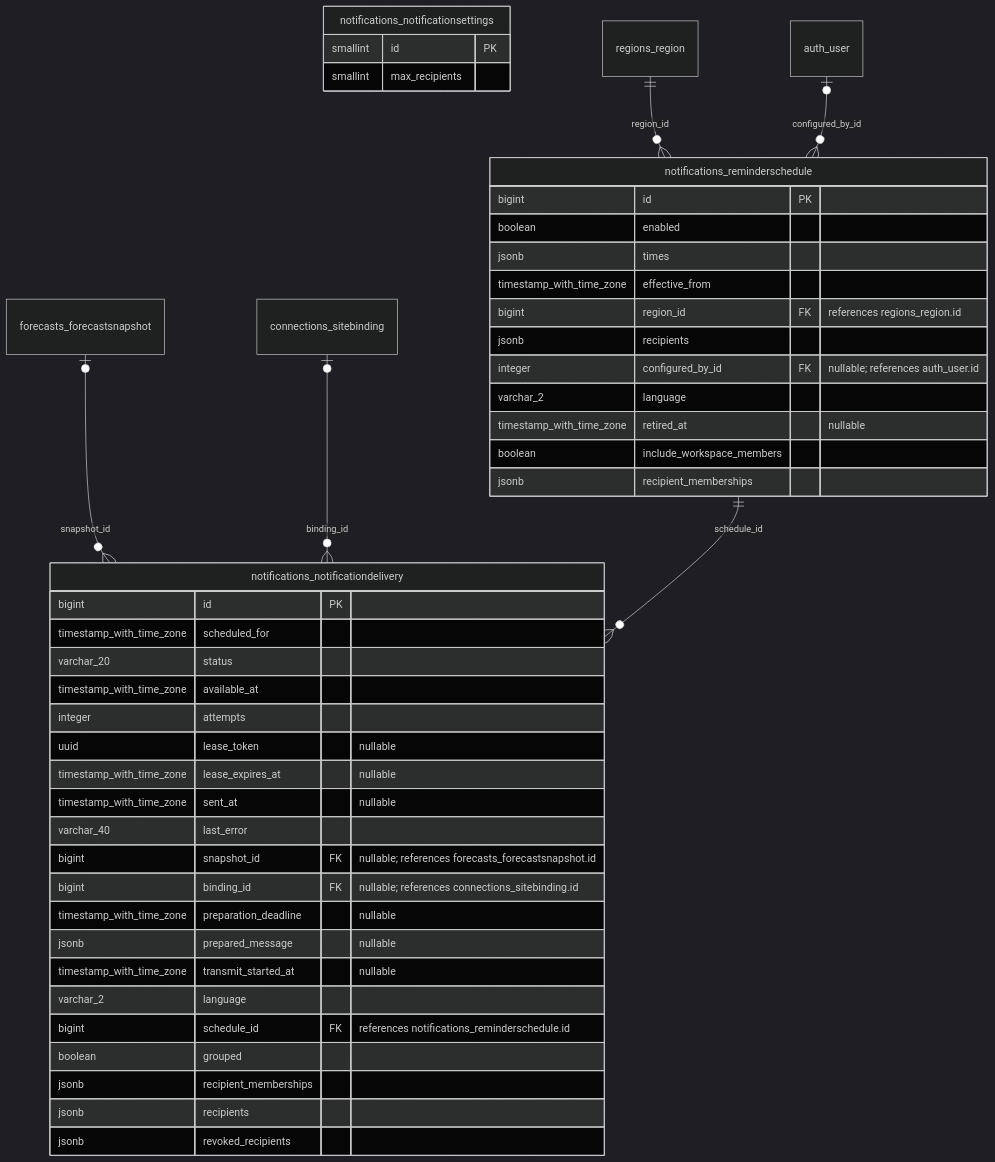
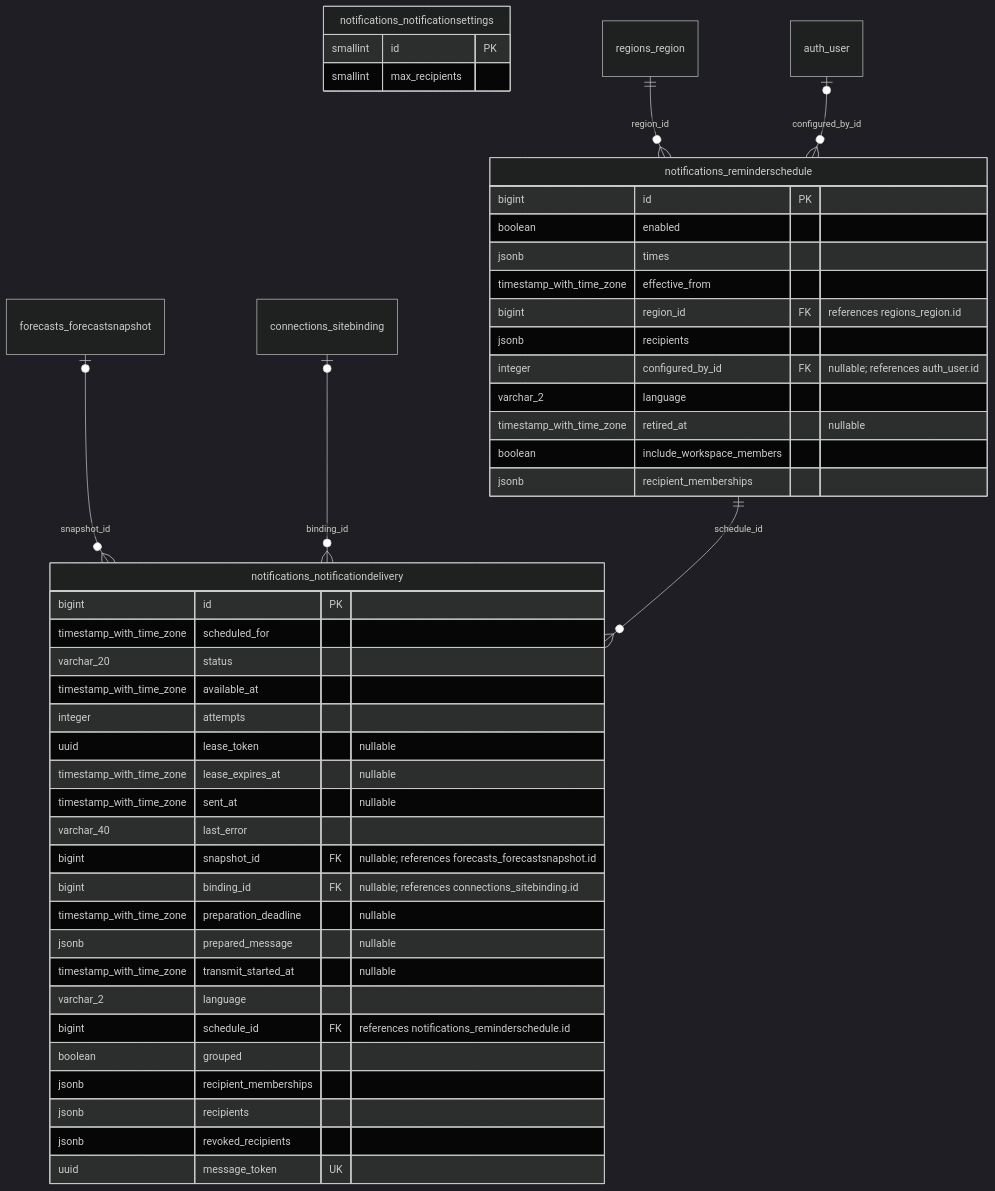
Before and after one commit to erkurtharun/pyracast: the eighth of 18 diagrams in docs/DATA_MODEL.md, drawn with Mermaid (dark theme). The commit also changed 100 other files, not shown here.

````diff
--- a/docs/DATA_MODEL.md
+++ b/docs/DATA_MODEL.md
@@ -887,47 +887,48 @@
 ```mermaid
 erDiagram
     notifications_notificationdelivery {
         bigint id PK
         timestamp_with_time_zone scheduled_for
         varchar_20 status
         timestamp_with_time_zone available_at
         integer attempts
         uuid lease_token "nullable"
         timestamp_with_time_zone lease_expires_at "nullable"
         timestamp_with_time_zone sent_at "nullable"
         varchar_40 last_error
         bigint snapshot_id FK "nullable; references forecasts_forecastsnapshot.id"
         bigint binding_id FK "nullable; references connections_sitebinding.id"
         timestamp_with_time_zone preparation_deadline "nullable"
         jsonb prepared_message "nullable"
         timestamp_with_time_zone transmit_started_at "nullable"
         varchar_2 language
         bigint schedule_id FK "references notifications_reminderschedule.id"
         boolean grouped
         jsonb recipient_memberships
         jsonb recipients
         jsonb revoked_recipients
+        uuid message_token UK
     }
     notifications_notificationsettings {
         smallint id PK
         smallint max_recipients
     }
     notifications_reminderschedule {
         bigint id PK
         boolean enabled
         jsonb times
         timestamp_with_time_zone effective_from
         bigint region_id FK "references regions_region.id"
         jsonb recipients
         integer configured_by_id FK "nullable; references auth_user.id"
         varchar_2 language
         timestamp_with_time_zone retired_at "nullable"
         boolean include_workspace_members
         jsonb recipient_memberships
     }
     forecasts_forecastsnapshot |o--o{ notifications_notificationdelivery : "snapshot_id"
     connections_sitebinding |o--o{ notifications_notificationdelivery : "binding_id"
     notifications_reminderschedule ||--o{ notifications_notificationdelivery : "schedule_id"
     regions_region ||--o{ notifications_reminderschedule : "region_id"
     auth_user |o--o{ notifications_reminderschedule : "configured_by_id"
 ```
````
